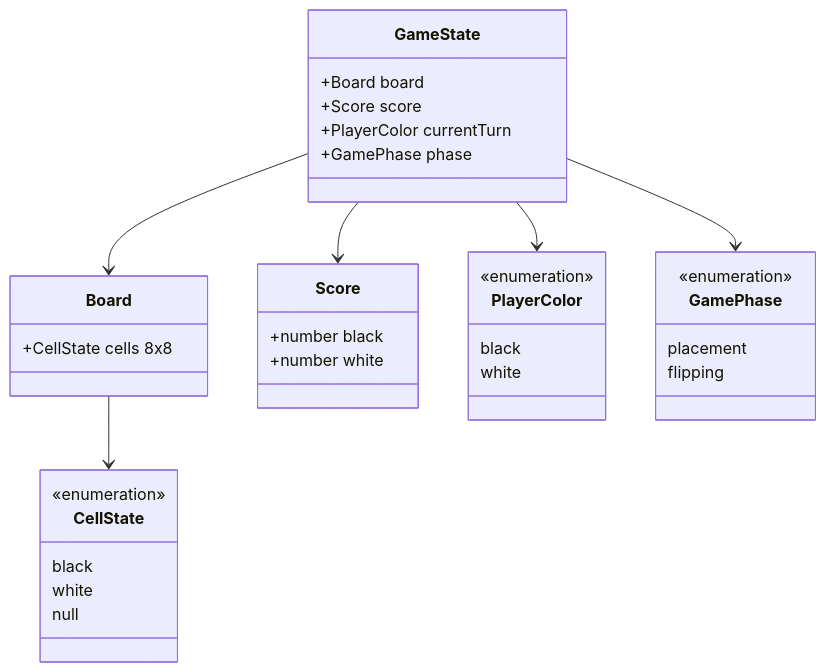
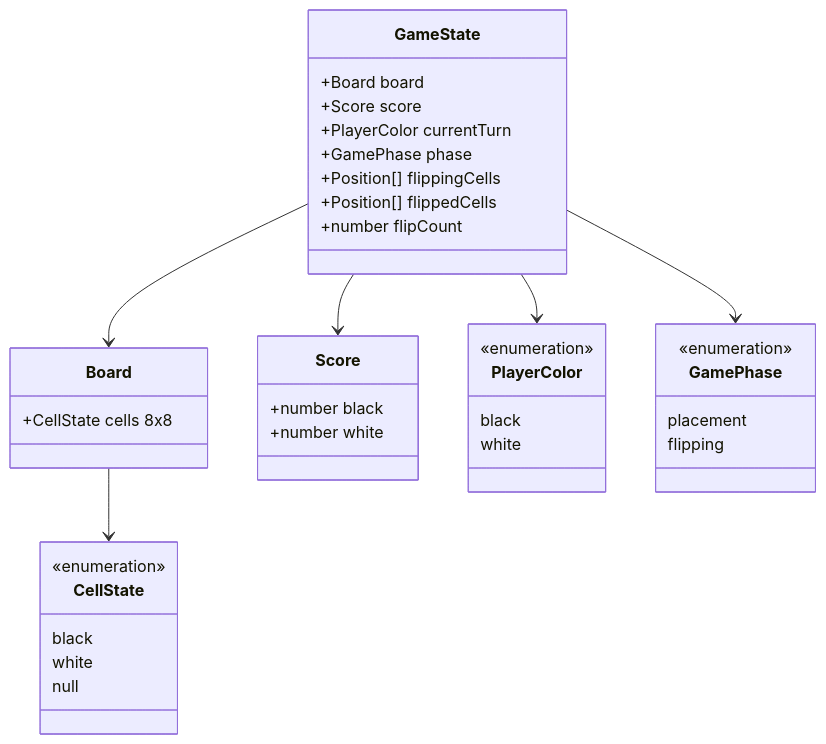
Before and after one commit to IsodaZen/anarchy-reversi: the fourth of 4 diagrams in .kiro/specs/anarchy-reversi-core/design.md, drawn with Mermaid. The commit also changed other lines of this file and 4 other files, not shown here.

````diff
--- a/.kiro/specs/anarchy-reversi-core/design.md
+++ b/.kiro/specs/anarchy-reversi-core/design.md
@@ -442,43 +463,46 @@
 ```mermaid
 classDiagram
     class GameState {
         +Board board
         +Score score
         +PlayerColor currentTurn
         +GamePhase phase
+        +Position[] flippingCells
+        +Position[] flippedCells
+        +number flipCount
     }
 
     class Board {
         +CellState cells 8x8
     }
 
     class Score {
         +number black
         +number white
     }
 
     class CellState {
         <<enumeration>>
         black
         white
         null
     }
 
     class PlayerColor {
         <<enumeration>>
         black
         white
     }
 
     class GamePhase {
         <<enumeration>>
         placement
         flipping
     }
 
     GameState --> Board
     GameState --> Score
     GameState --> PlayerColor
     GameState --> GamePhase
     Board --> CellState
 ```
````
